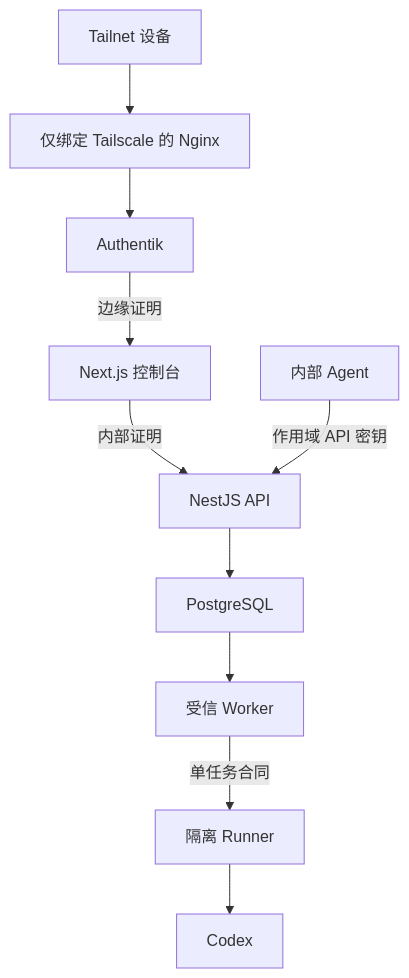
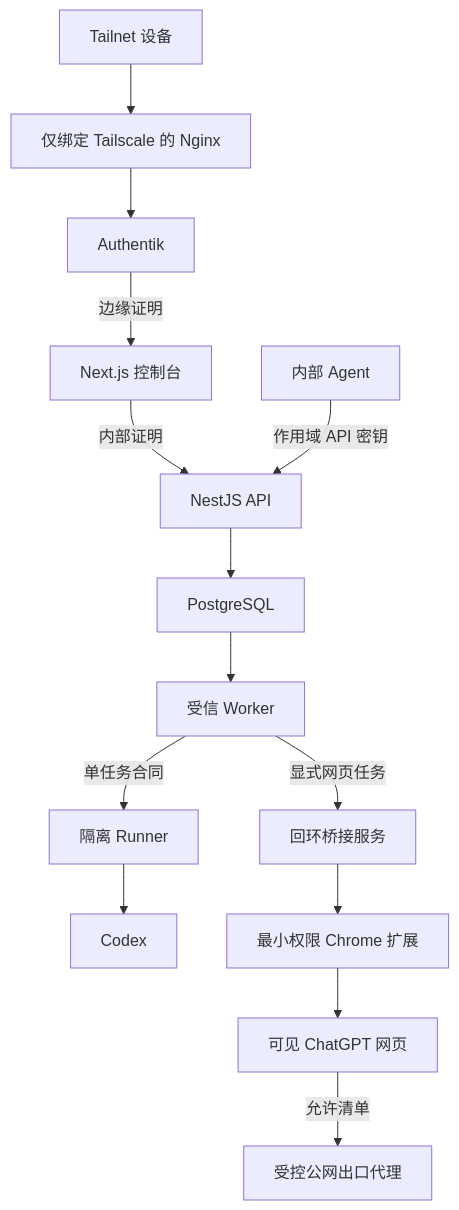
One commit to AIALRA-0/AIALRA-CODEX-API changed the diagram in docs/threat-model.md. Above: the diagram before and after it, drawn with Mermaid. The commit also changed other lines of this file and 106 other files, not shown here.

````diff
--- a/docs/threat-model.md
+++ b/docs/threat-model.md
@@ -13,12 +14,16 @@
 ```mermaid
 flowchart TD
     A[Tailnet 设备] --> B[仅绑定 Tailscale 的 Nginx]
     B --> D[Authentik]
     D -->|边缘证明| E[Next.js 控制台]
     E -->|内部证明| F[NestJS API]
     G[内部 Agent] -->|作用域 API 密钥| F
     F --> H[PostgreSQL]
     H --> I[受信 Worker]
     I -->|单任务合同| J[隔离 Runner]
     J --> K[Codex]
+    I -->|显式网页任务| L[回环桥接服务]
+    L --> M[最小权限 Chrome 扩展]
+    M --> N[可见 ChatGPT 网页]
+    N -->|允许清单| O[受控公网出口代理]
 ```
````
